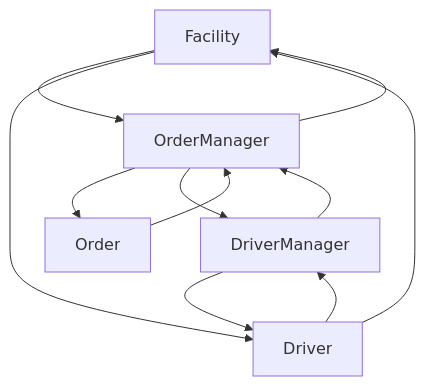
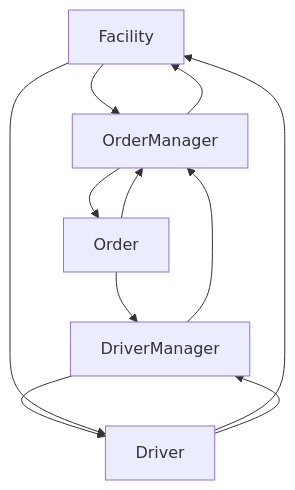
The diagram in README.md (Sambeth/akka-supply-chain), drawn with Mermaid before and after one commit.

````diff
--- a/README.md
+++ b/README.md
@@ -1,13 +1,13 @@
 ```mermaid
   graph TD;
       Facility-->OrderManager;
       OrderManager-->Order;
       Order-->OrderManager;
-      OrderManager-->DriverManager;
+      Order-->DriverManager;
       DriverManager-->Driver;
       Driver-->Facility;
       OrderManager-->Facility;
       DriverManager-->OrderManager;
       Driver-->DriverManager;
       Facility-->Driver;
 ```
````
